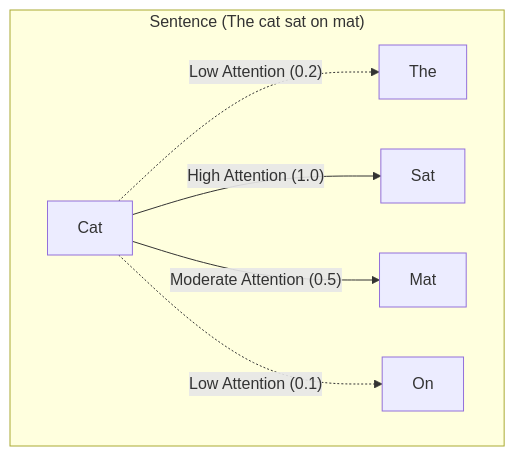
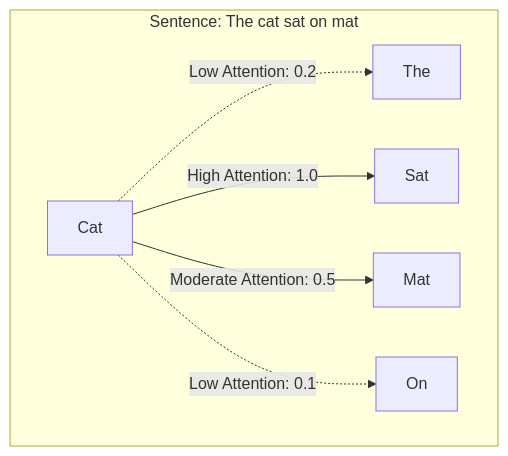
One commit to prasanth-ntu/prasanth.io changed the first of 4 diagrams in content/notes/Attention layers.md. Above: the diagram before and after it, drawn with Mermaid. The commit also changed 12 other files, not shown here.

````diff
--- a/content/notes/Attention layers.md
+++ b/content/notes/Attention layers.md
@@ -43,17 +43,15 @@
 ```mermaid
 flowchart TB
-    %% Set up each word and label the connections with attention scores
-    subgraph "Sentence (The cat sat on mat)"
-        The["The"]
+    subgraph Sentence: The cat sat on mat
+        w1["The"]
         cat["Cat"]
         sat["Sat"]
         on["On"]
         mat["Mat"]
     end
 
-    %% Links representing attention weights (higher score for more relevant words)
-    cat -.->|"Low Attention (0.2)"| The
-    cat -->|"High Attention (1.0)"| sat
-    cat -->|"Moderate Attention (0.5)"| mat
-    cat -.->|"Low Attention (0.1)"| on
+    cat -.->|Low Attention: 0.2| w1
+    cat -->|High Attention: 1.0| sat
+    cat -->|Moderate Attention: 0.5| mat
+    cat -.->|Low Attention: 0.1| on
 ```
````
